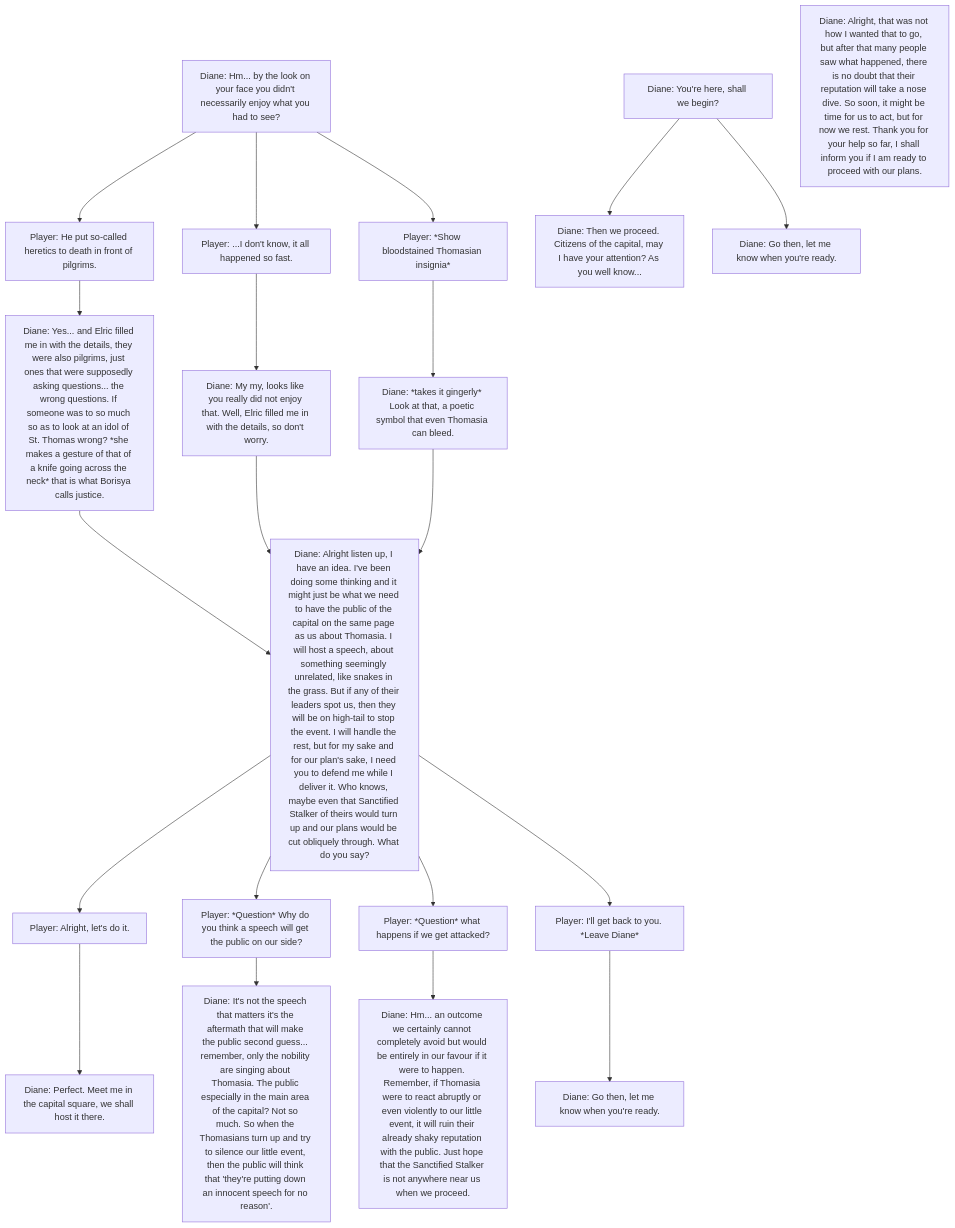
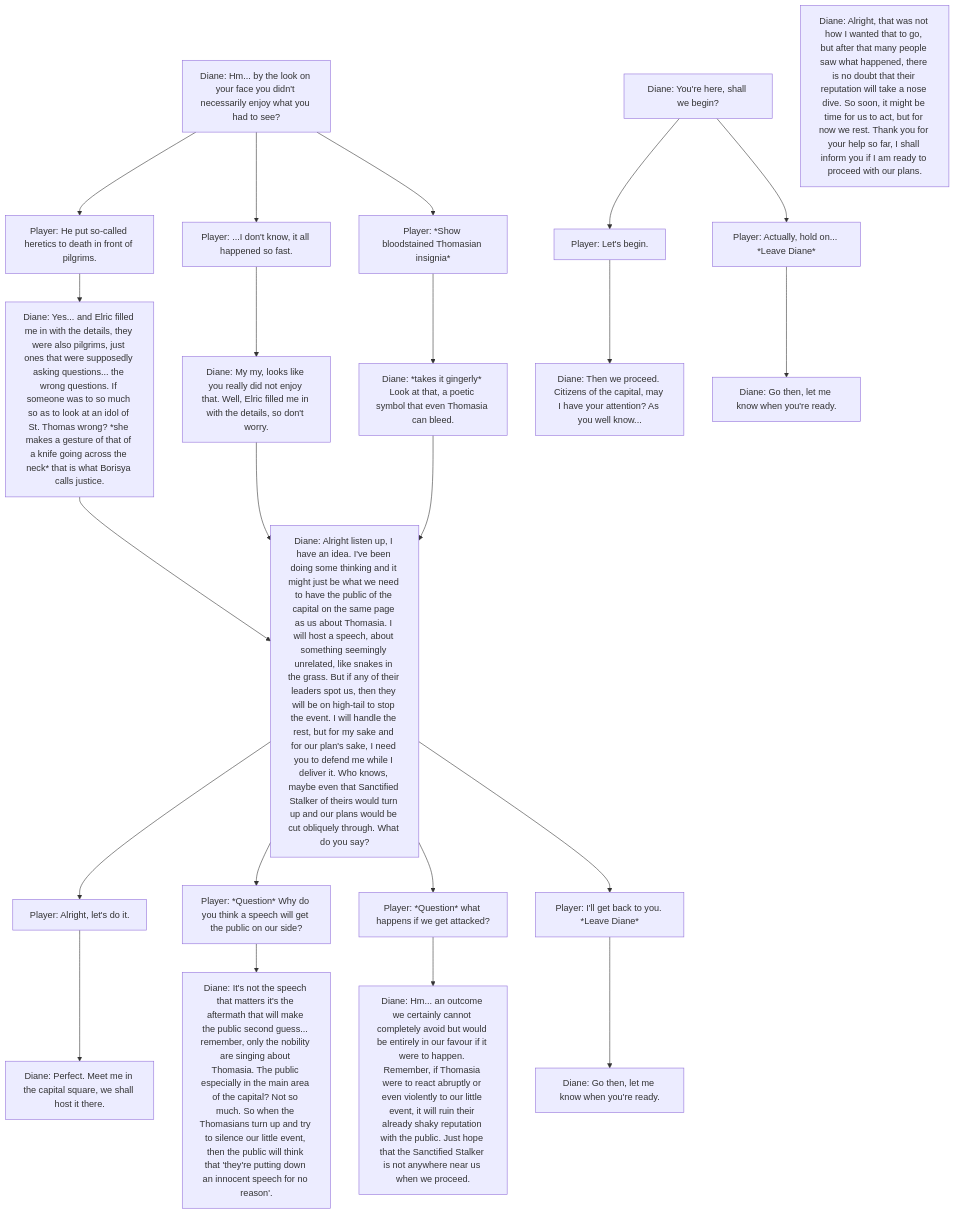
One commit to padillaryl/cc3-rpg-DialogueTree changed the fourth of 5 diagrams in Playground.md. Above: the diagram before and after it, drawn with Mermaid. The commit also changed other lines of this file, not shown here.

````diff
--- a/Playground.md
+++ b/Playground.md
@@ -61,22 +61,22 @@
 ```mermaid
 flowchart TD
   AFTERMATH[Diane: Hm... by the look on your face you didn't necessarily enjoy what you had to see?] --> A1[Player: He put so-called heretics to death in front of pilgrims.] & A2[Player: ...I don't know, it all happened so fast.] & A3[Player: *Show bloodstained Thomasian insignia*]
 
   A1 --> AR1[Diane: Yes... and Elric filled me in with the details, they were also pilgrims, just ones that were supposedly asking questions... the wrong questions. If someone was to so much so as to look at an idol of St. Thomas wrong? *she makes a gesture of that of a knife going across the neck* that is what Borisya calls justice.]
   A2 --> AR2[Diane: My my, looks like you really did not enjoy that. Well, Elric filled me in with the details, so don't worry.] 
   A3 --> AR3[Diane: *takes it gingerly* Look at that, a poetic symbol that even Thomasia can bleed.]
 
   AR1 --> LEADIN[Diane: Alright listen up, I have an idea. I've been doing some thinking and it might just be what we need to have the public of the capital on the same page as us about Thomasia. I will host a speech, about something seemingly unrelated, like snakes in the grass. But if any of their leaders spot us, then they will be on high-tail to stop the event. I will handle the rest, but for my sake and for our plan's sake, I need you to defend me while I deliver it. Who knows, maybe even that Sanctified Stalker of theirs would turn up and our plans would be cut obliquely through. What do you say?] --> LEADINA[Player: Alright, let's do it.] & LEADINB[Player: *Question* Why do you think a speech will get the public on our side?] & LEADINC[Player: *Question* what happens if we get attacked?] & LEADIND[Player: I'll get back to you. *Leave Diane*]
   LEADINB --> LEADINB1[Diane: It's not the speech that matters it's the aftermath that will make the public second guess... remember, only the nobility are singing about Thomasia. The public especially in the main area of the capital? Not so much. So when the Thomasians turn up and try to silence our little event, then the public will think that 'they're putting down an innocent speech for no reason'.]
   LEADINC --> LEADINC1[Diane: Hm... an outcome we certainly cannot completely avoid but would be entirely in our favour if it were to happen. Remember, if Thomasia were to react abruptly or even violently to our little event, it will ruin their already shaky reputation with the public. Just hope that the Sanctified Stalker is not anywhere near us when we proceed.]
   LEADIND --> LEADIND1[Diane: Go then, let me know when you're ready.]
   LEADINA --> PROCEED[Diane: Perfect. Meet me in the capital square, we shall host it there.]
   AR2 --> LEADIN
   AR3 --> LEADIN
 
   SPEECH[Diane: You're here, shall we begin?] --> SPEECHA[Player: Let's begin.] & SPEECHB[Player: Actually, hold on... *Leave Diane*]
-  SPEECHA[Diane: Then we proceed. Citizens of the capital, may I have your attention? As you well know...]
-  SPEECHB[Diane: Go then, let me know when you're ready.]
+  SPEECHA --> SPEECHA1[Diane: Then we proceed. Citizens of the capital, may I have your attention? As you well know...]
+  SPEECHB --> SPEECHB1[Diane: Go then, let me know when you're ready.]
 
   POSTRAID[Diane: Alright, that was not how I wanted that to go, but after that many people saw what happened, there is no doubt that their reputation will take a nose dive. So soon, it might be time for us to act, but for now we rest. Thank you for your help so far, I shall inform you if I am ready to proceed with our plans.]
 ```
````
